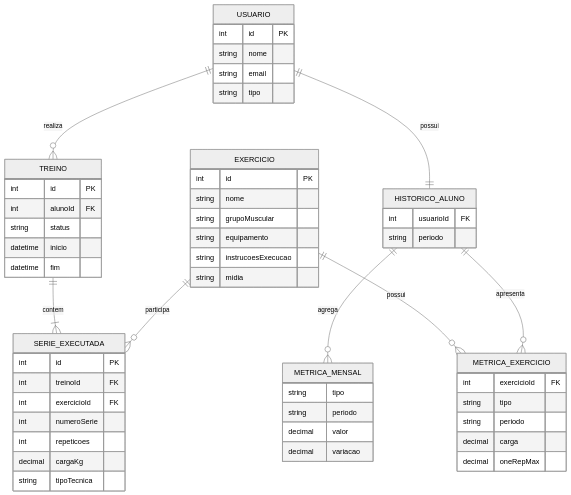
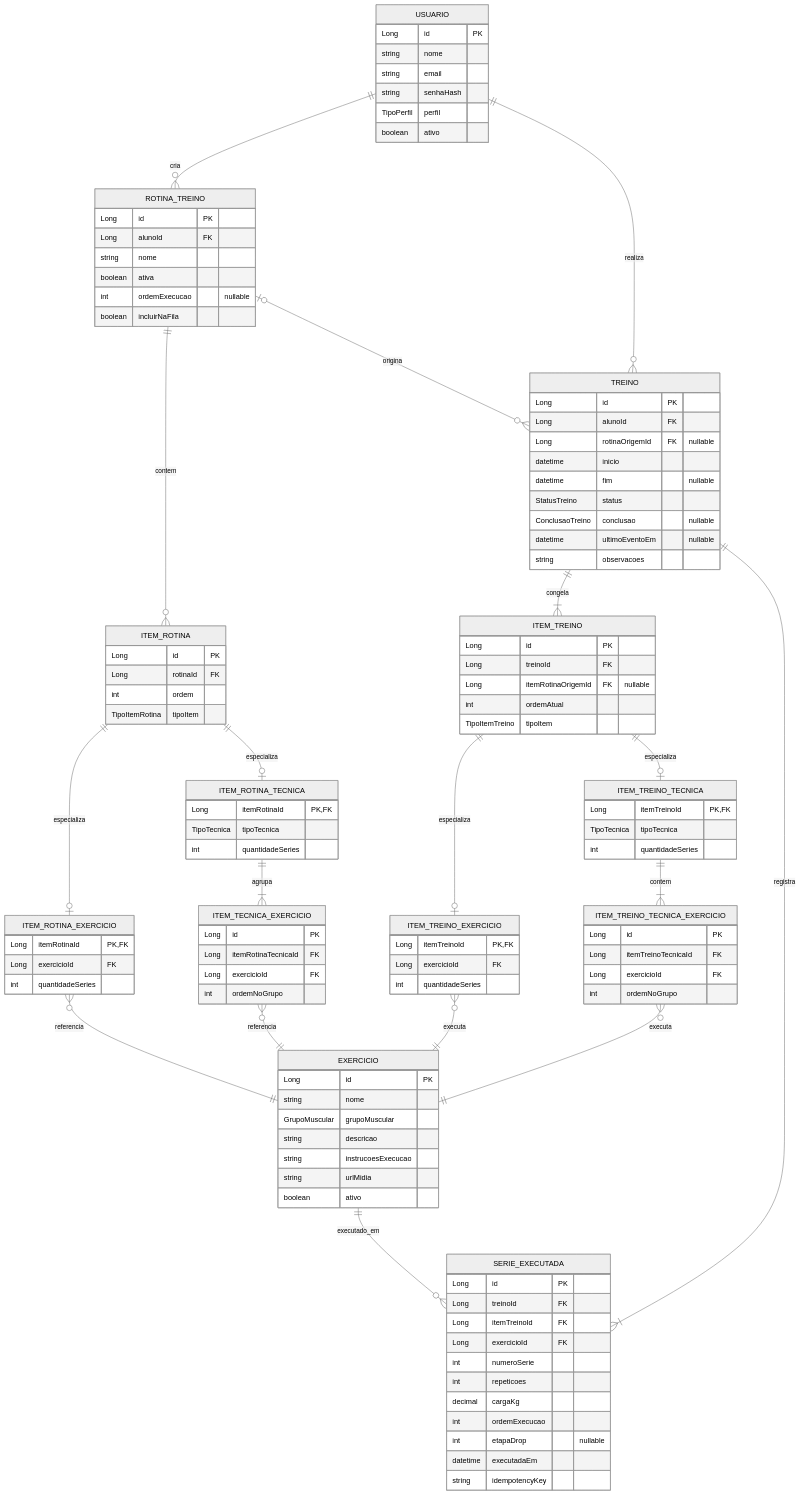
Before and after one commit to Zadoque/Rep_Max_POODEV: the second of 2 diagrams in README.md, drawn with Mermaid (neutral theme). The commit also changed other lines of this file, not shown here.

Commit message:
docs(readme): document frontend data model and conventions

````diff
--- a/README.md
+++ b/README.md
@@ -243,64 +245,127 @@
 ```mermaid
 erDiagram
+    USUARIO ||--o{ ROTINA_TREINO : cria
     USUARIO ||--o{ TREINO : realiza
-    TREINO ||--|{ SERIE_EXECUTADA : contem
-    EXERCICIO ||--o{ SERIE_EXECUTADA : participa
-    USUARIO ||--|| HISTORICO_ALUNO : possui
-    HISTORICO_ALUNO ||--o{ METRICA_MENSAL : agrega
-    EXERCICIO ||--o{ METRICA_EXERCICIO : possui
-    HISTORICO_ALUNO ||--o{ METRICA_EXERCICIO : apresenta
+    ROTINA_TREINO ||--o{ ITEM_ROTINA : contem
+    ITEM_ROTINA ||--o| ITEM_ROTINA_EXERCICIO : especializa
+    ITEM_ROTINA ||--o| ITEM_ROTINA_TECNICA : especializa
+    ITEM_ROTINA_EXERCICIO }o--|| EXERCICIO : referencia
+    ITEM_ROTINA_TECNICA ||--|{ ITEM_TECNICA_EXERCICIO : agrupa
+    ITEM_TECNICA_EXERCICIO }o--|| EXERCICIO : referencia
+    ROTINA_TREINO o|--o{ TREINO : origina
+    TREINO ||--|{ ITEM_TREINO : congela
+    ITEM_TREINO ||--o| ITEM_TREINO_EXERCICIO : especializa
+    ITEM_TREINO ||--o| ITEM_TREINO_TECNICA : especializa
+    ITEM_TREINO_TECNICA ||--|{ ITEM_TREINO_TECNICA_EXERCICIO : contem
+    ITEM_TREINO_EXERCICIO }o--|| EXERCICIO : executa
+    ITEM_TREINO_TECNICA_EXERCICIO }o--|| EXERCICIO : executa
+    TREINO ||--|{ SERIE_EXECUTADA : registra
+    EXERCICIO ||--o{ SERIE_EXECUTADA : executado_em
 
     USUARIO {
-        int id PK
+        Long id PK
         string nome
         string email
-        string tipo
+        string senhaHash
+        TipoPerfil perfil
+        boolean ativo
+    }
+
+    EXERCICIO {
+        Long id PK
+        string nome
+        GrupoMuscular grupoMuscular
+        string descricao
+        string instrucoesExecucao
+        string urlMidia
+        boolean ativo
+    }
+
+    ROTINA_TREINO {
+        Long id PK
+        Long alunoId FK
+        string nome
+        boolean ativa
+        int ordemExecucao "nullable"
+        boolean incluirNaFila
+    }
+
+    ITEM_ROTINA {
+        Long id PK
+        Long rotinaId FK
+        int ordem
+        TipoItemRotina tipoItem
+    }
+
+    ITEM_ROTINA_EXERCICIO {
+        Long itemRotinaId PK, FK
+        Long exercicioId FK
+        int quantidadeSeries
+    }
+
+    ITEM_ROTINA_TECNICA {
+        Long itemRotinaId PK, FK
+        TipoTecnica tipoTecnica
+        int quantidadeSeries
+    }
+
+    ITEM_TECNICA_EXERCICIO {
+        Long id PK
+        Long itemRotinaTecnicaId FK
+        Long exercicioId FK
+        int ordemNoGrupo
     }
 
     TREINO {
-        int id PK
-        int alunoId FK
-        string status
+        Long id PK
+        Long alunoId FK
+        Long rotinaOrigemId FK "nullable"
         datetime inicio
-        datetime fim
+        datetime fim "nullable"
+        StatusTreino status
+        ConclusaoTreino conclusao "nullable"
+        datetime ultimoEventoEm "nullable"
+        string observacoes
+    }
+
+    ITEM_TREINO {
+        Long id PK
+        Long treinoId FK
+        Long itemRotinaOrigemId FK "nullable"
+        int ordemAtual
+        TipoItemTreino tipoItem
+    }
+
+    ITEM_TREINO_EXERCICIO {
+        Long itemTreinoId PK, FK
+        Long exercicioId FK
+        int quantidadeSeries
+    }
+
+    ITEM_TREINO_TECNICA {
+        Long itemTreinoId PK, FK
+        TipoTecnica tipoTecnica
+        int quantidadeSeries
+    }
+
+    ITEM_TREINO_TECNICA_EXERCICIO {
+        Long id PK
+        Long itemTreinoTecnicaId FK
+        Long exercicioId FK
+        int ordemNoGrupo
     }
 
     SERIE_EXECUTADA {
-        int id PK
-        int treinoId FK
-        int exercicioId FK
+        Long id PK
+        Long treinoId FK
+        Long itemTreinoId FK
+        Long exercicioId FK
         int numeroSerie
         int repeticoes
         decimal cargaKg
-        string tipoTecnica
-    }
-
-    EXERCICIO {
-        int id PK
-        string nome
-        string grupoMuscular
-        string equipamento
-        string instrucoesExecucao
-        string midia
-    }
-
-    HISTORICO_ALUNO {
-        int usuarioId FK
-        string periodo
-    }
-
-    METRICA_MENSAL {
-        string tipo
-        string periodo
-        decimal valor
-        decimal variacao
-    }
-
-    METRICA_EXERCICIO {
-        int exercicioId FK
-        string tipo
-        string periodo
-        decimal carga
-        decimal oneRepMax
+        int ordemExecucao
+        int etapaDrop "nullable"
+        datetime executadaEm
+        string idempotencyKey
     }
 ```
````
